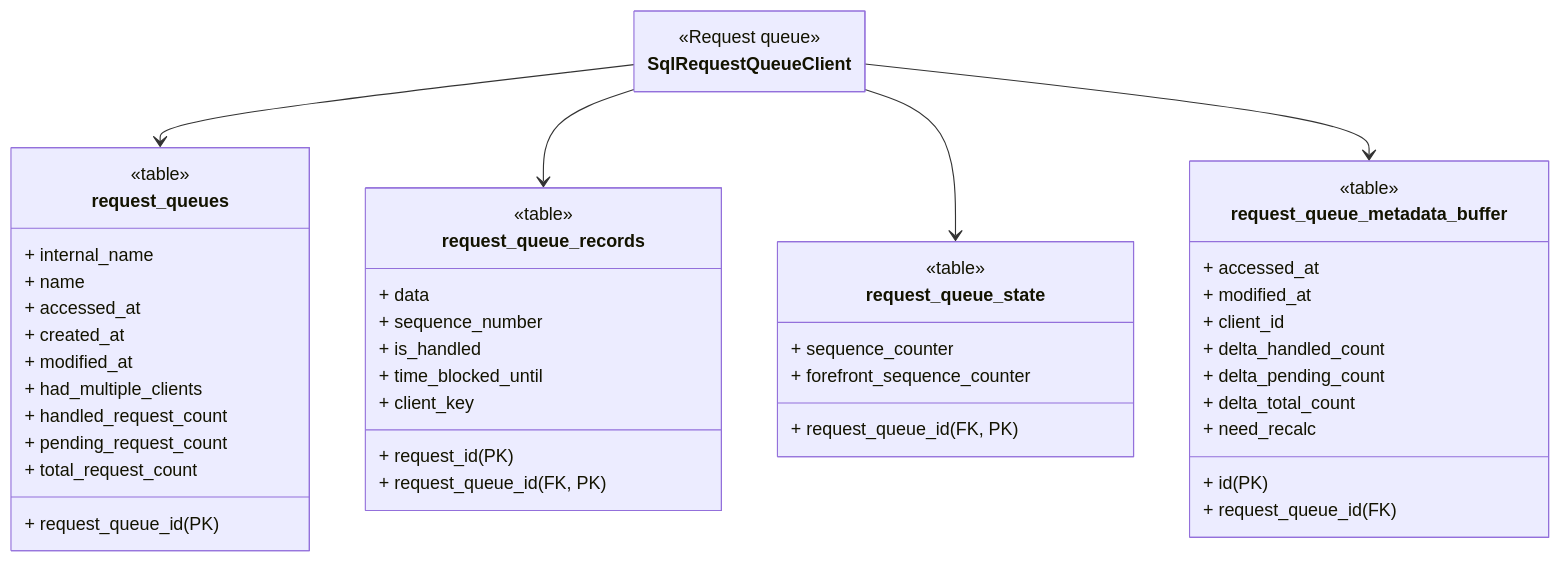
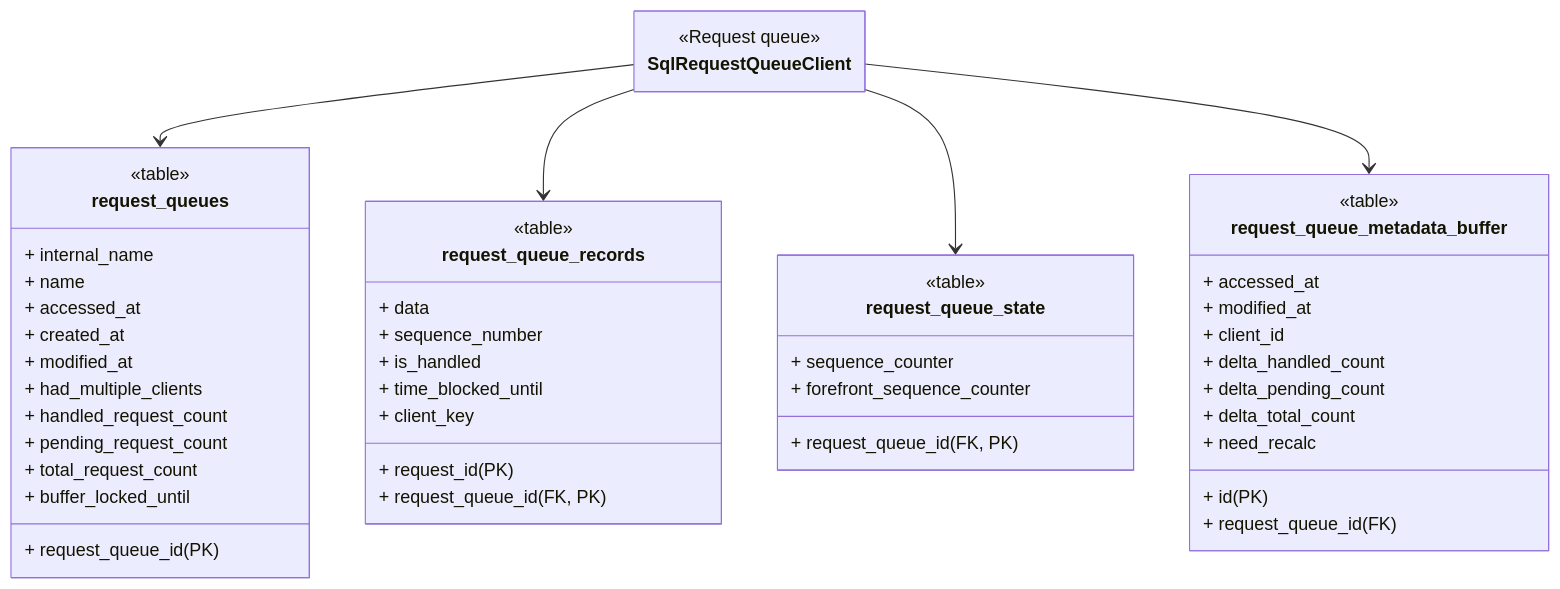
Before and after one commit to apify/crawlee-python: the third of 6 diagrams in docs/guides/storage_clients.mdx, drawn with Mermaid. The commit also changed other lines of this file and 4 other files, not shown here.

````diff
--- a/docs/guides/storage_clients.mdx
+++ b/docs/guides/storage_clients.mdx
@@ -263,75 +265,76 @@
 ```mermaid
 ---
 config:
     class:
         hideEmptyMembersBox: true
 ---
 
 classDiagram
 
 %% ========================
 %% Storage Clients
 %% ========================
 
 class SqlRequestQueueClient {
     <<Request queue>>
 }
 
 %% ========================
 %% Request Queue Tables
 %% ========================
 
 class request_queues {
     <<table>>
     + request_queue_id (PK)
     + internal_name
     + name
     + accessed_at
     + created_at
     + modified_at
     + had_multiple_clients
     + handled_request_count
     + pending_request_count
     + total_request_count
+    + buffer_locked_until
 }
 
 class request_queue_records {
     <<table>>
     + request_id (PK)
     + request_queue_id (FK, PK)
     + data
     + sequence_number
     + is_handled
     + time_blocked_until
     + client_key
 }
 
 class request_queue_state {
     <<table>>
     + request_queue_id (FK, PK)
     + sequence_counter
     + forefront_sequence_counter
 }
 
 class request_queue_metadata_buffer {
     <<table>>
     + id (PK)
     + accessed_at
     + modified_at
     + request_queue_id (FK)
     + client_id
     + delta_handled_count
     + delta_pending_count
     + delta_total_count
     + need_recalc
 }
 
 %% ========================
 %% Client to Table arrows
 %% ========================
 
 SqlRequestQueueClient --> request_queues
 SqlRequestQueueClient --> request_queue_records
 SqlRequestQueueClient --> request_queue_state
 SqlRequestQueueClient --> request_queue_metadata_buffer
 ```
````
